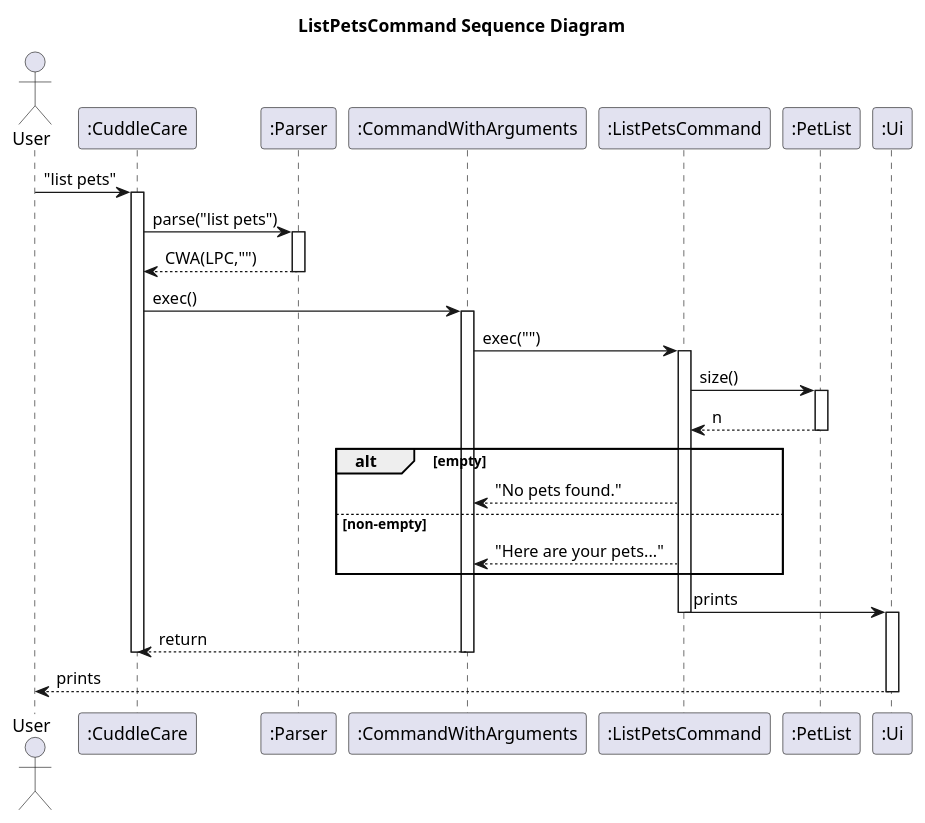
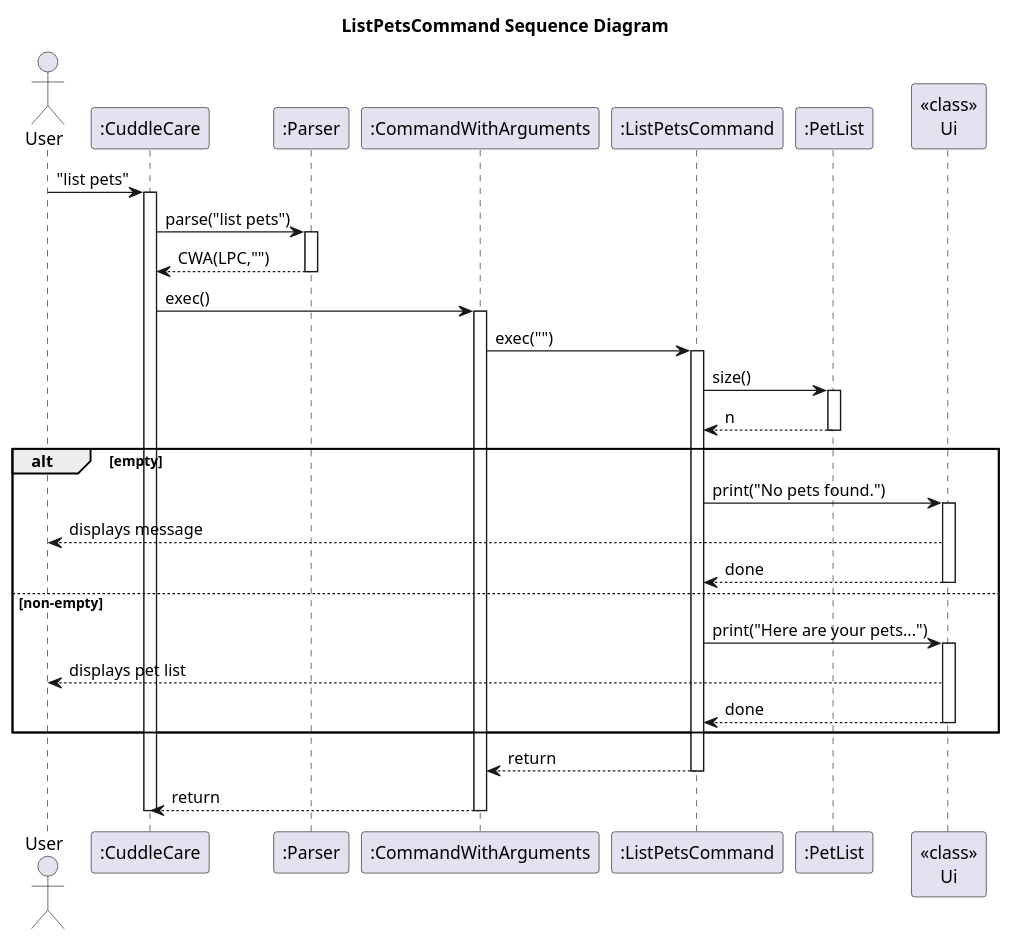
One commit to Kevin88866/tp changed the diagram in docs/uml/ListPetsCommand_Sequence_Diagram.puml. Above: the diagram before and after it, drawn with PlantUML. The commit also changed 12 other files, not shown here.

First line of the commit message:
modify code and sequence diagram

```diff
--- a/docs/uml/ListPetsCommand_Sequence_Diagram.puml
+++ b/docs/uml/ListPetsCommand_Sequence_Diagram.puml
@@ -1,41 +1,46 @@
 @startuml
 title ListPetsCommand Sequence Diagram
 actor User
 participant ":CuddleCare" as CuddleCare
 participant ":Parser" as Parser
 participant ":CommandWithArguments" as CWA
 participant ":ListPetsCommand" as LPC
 participant ":PetList" as PetList
-participant ":Ui" as Ui
+participant "<<class>>\nUi" as Ui
 
 User -> CuddleCare : "list pets"
 activate CuddleCare
 CuddleCare -> Parser : parse("list pets")
 activate Parser
 Parser --> CuddleCare : CWA(LPC,"")
 deactivate Parser
 
 CuddleCare -> CWA : exec()
 activate CWA
 CWA -> LPC : exec("")
 activate LPC
 LPC -> PetList : size()
 activate PetList
 PetList --> LPC : n
 deactivate PetList
+
 alt empty
-  LPC --> CWA : "No pets found."
+  LPC -> Ui : print("No pets found.")
+  activate Ui
+  Ui --> User : displays message
+  Ui --> LPC : done
+  deactivate Ui
 else non-empty
-  LPC --> CWA : "Here are your pets..."
+  LPC -> Ui : print("Here are your pets...")
+  activate Ui
+  Ui --> User : displays pet list
+  Ui --> LPC : done
+  deactivate Ui
 end
-  LPC -> Ui : prints
-  deactivate LPC
-  activate Ui
 
+LPC --> CWA : return
+deactivate LPC
 CWA --> CuddleCare : return
 deactivate CWA
 deactivate CuddleCare
-Ui --> User : prints
-deactivate Ui
-
 @enduml
```
